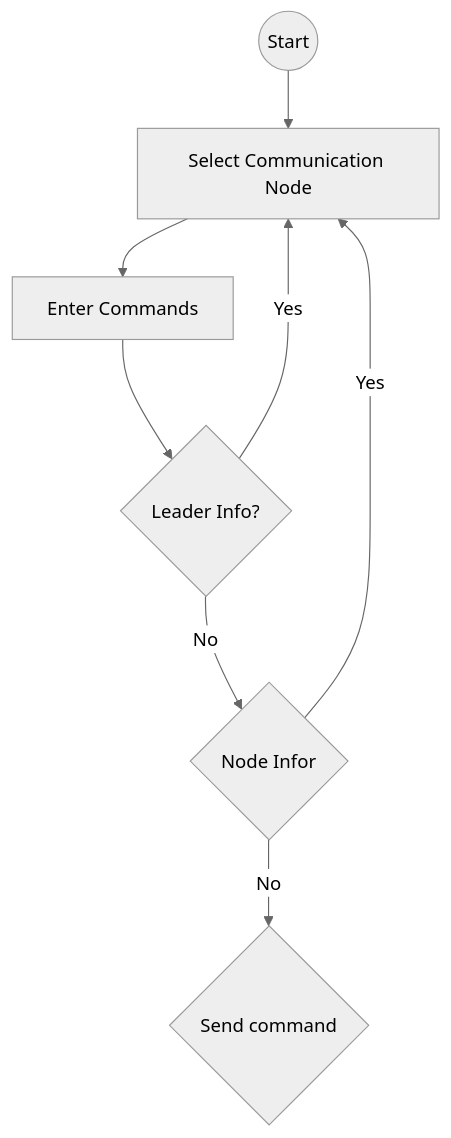
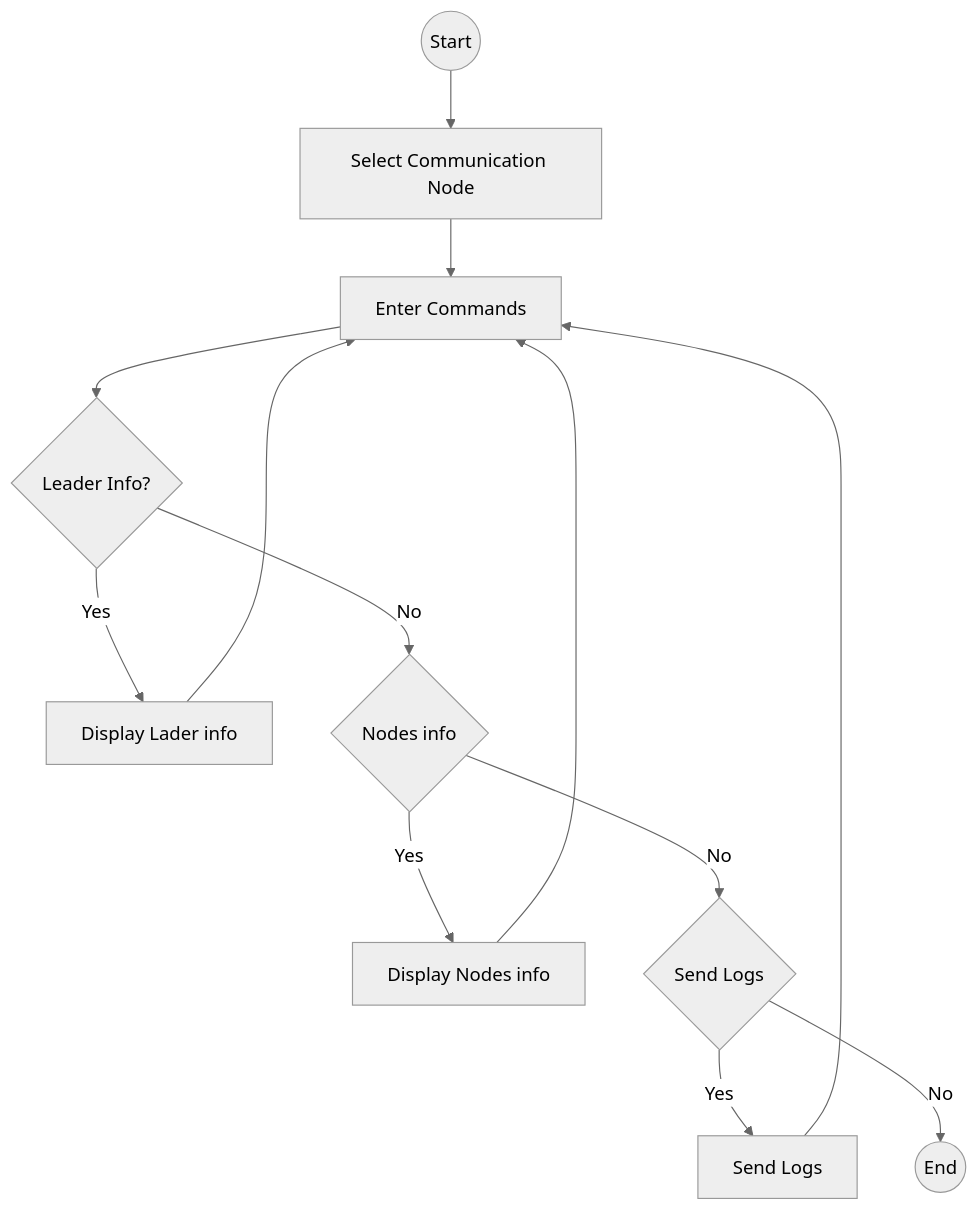
Before and after one commit to Shenon1467/Distributed-replicated-log: the third of 3 diagrams in Architecture.md, drawn with Mermaid (neutral theme). The commit also changed other lines of this file, not shown here.

````diff
--- a/Architecture.md
+++ b/Architecture.md
@@ -38,10 +38,16 @@
 ```mermaid
 graph TD
     A((Start)) --> B[Select Communication Node]
     B --> C[Enter Commands]
     C --> D{Leader Info?}
-    D -->|Yes| B
-    D -->|No| E{Node Infor}
-    E -->|Yes| B
-    E -->|No| F{Send command}
+    D -->|Yes| E[Display Lader info]
+    D -->|No| F{Nodes info}
+    E --> C
+    F -->|Yes| G[Display Nodes info]
+    F -->|No| H{Send Logs}
+    G --> C
+    H -->|Yes| I[Send Logs]
+    I --> C
+    H -->|No| J((End))
+  
 ```
````
